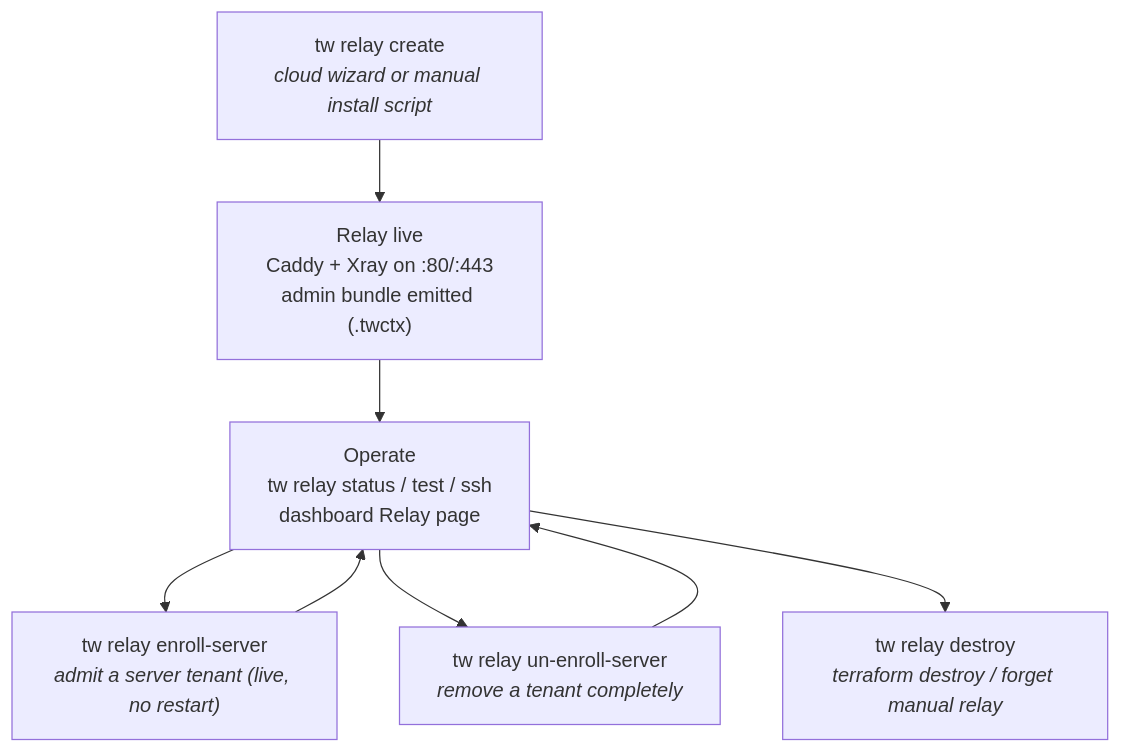
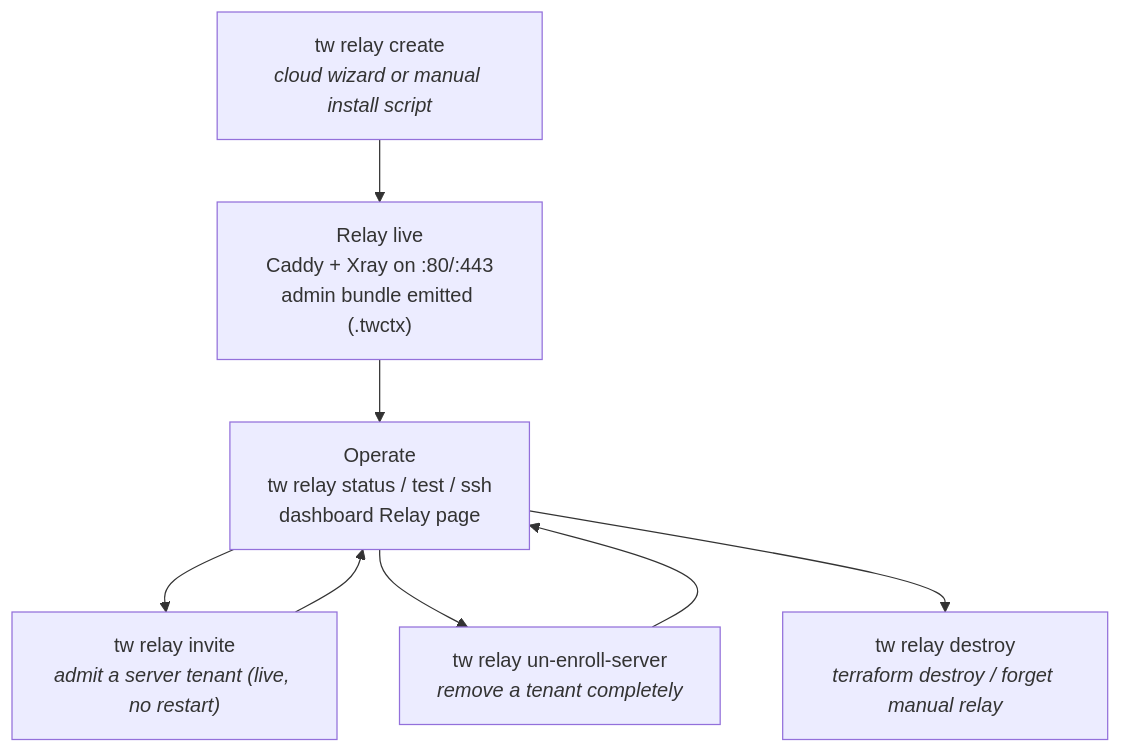
One commit to Tunnel-Whisperer/Tunnel-Whisperer changed the diagram in docs/relay/index.md. Above: the diagram before and after it, drawn with Mermaid. The commit also changed other lines of this file and 30 other files, not shown here.

Commit message:
docs: rewrite enrollment docs for invite flow

````diff
--- a/docs/relay/index.md
+++ b/docs/relay/index.md
@@ -49,10 +49,10 @@
 ```mermaid
 flowchart TD
     A["tw relay create<br/><i>cloud wizard or manual install script</i>"] --> B["Relay live<br/>Caddy + Xray on :80/:443<br/>admin bundle emitted (.twctx)"]
     B --> C["Operate<br/>tw relay status / test / ssh<br/>dashboard Relay page"]
-    C --> D["tw relay enroll-server<br/><i>admit a server tenant (live, no restart)</i>"]
+    C --> D["tw relay invite<br/><i>admit a server tenant (live, no restart)</i>"]
     D --> C
     C --> E["tw relay un-enroll-server<br/><i>remove a tenant completely</i>"]
     E --> C
     C --> F["tw relay destroy<br/><i>terraform destroy / forget manual relay</i>"]
 ```
````
